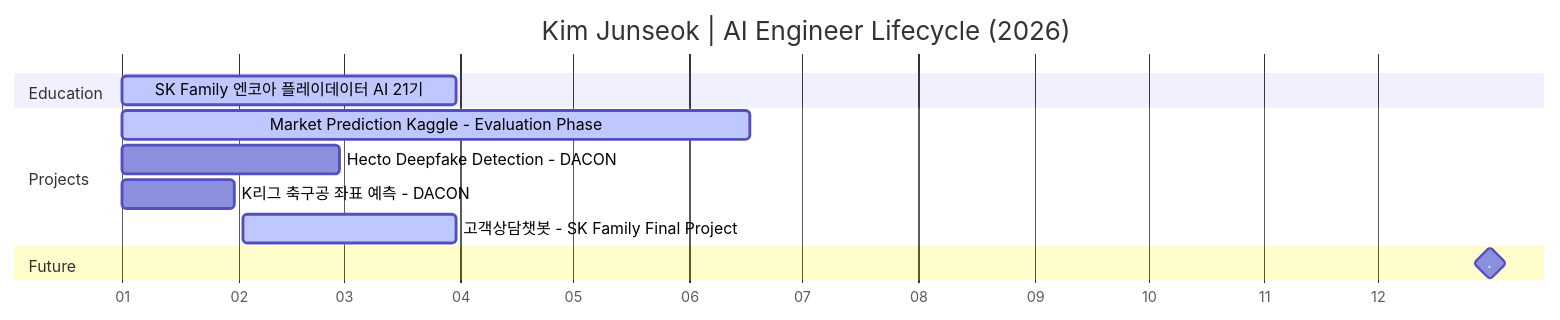
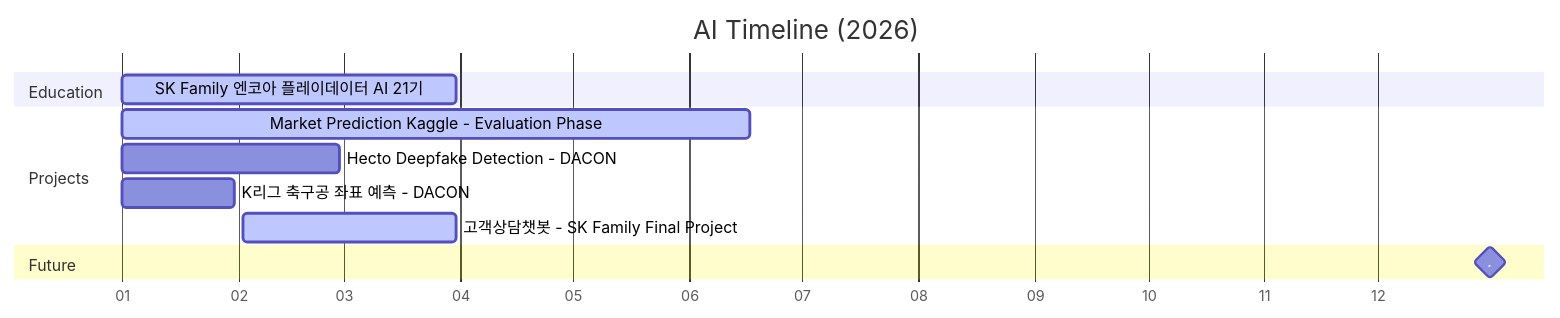
The second of 2 diagrams in README.md (junreud/junreud), drawn with Mermaid before and after one commit. The commit also changed other lines of this file, not shown here.

Commit message:
준석_mermaid 그래프 수정

````diff
--- a/README.md
+++ b/README.md
@@ -27,19 +27,19 @@
 ```mermaid
 gantt
-    title Kim Junseok | AI Engineer Lifecycle (2026)
+    title AI Timeline (2026)
     dateFormat  YYYY-MM-DD
     axisFormat  %m
     tickInterval 1month
 
     section Education
     SK Family 엔코아 플레이데이터 AI 21기      :active, edu1, 2026-01-01, 2026-03-31
 
     section Projects
     Market Prediction Kaggle - Evaluation Phase         :active, p1_eval, 2026-01-01, 2026-06-17
     Hecto Deepfake Detection - DACON                 :p3, 2026-01-01, 2026-02-28
     K리그 축구공 좌표 예측 - DACON                     :p4, 2026-01-01, 2026-01-31
     고객상담챗봇 - SK Family Final Project        :active, p2, 2026-02-02, 2026-03-31
 
     section Future
     .              :milestone, m2, 2026-12-31, 0d
 ```
````
